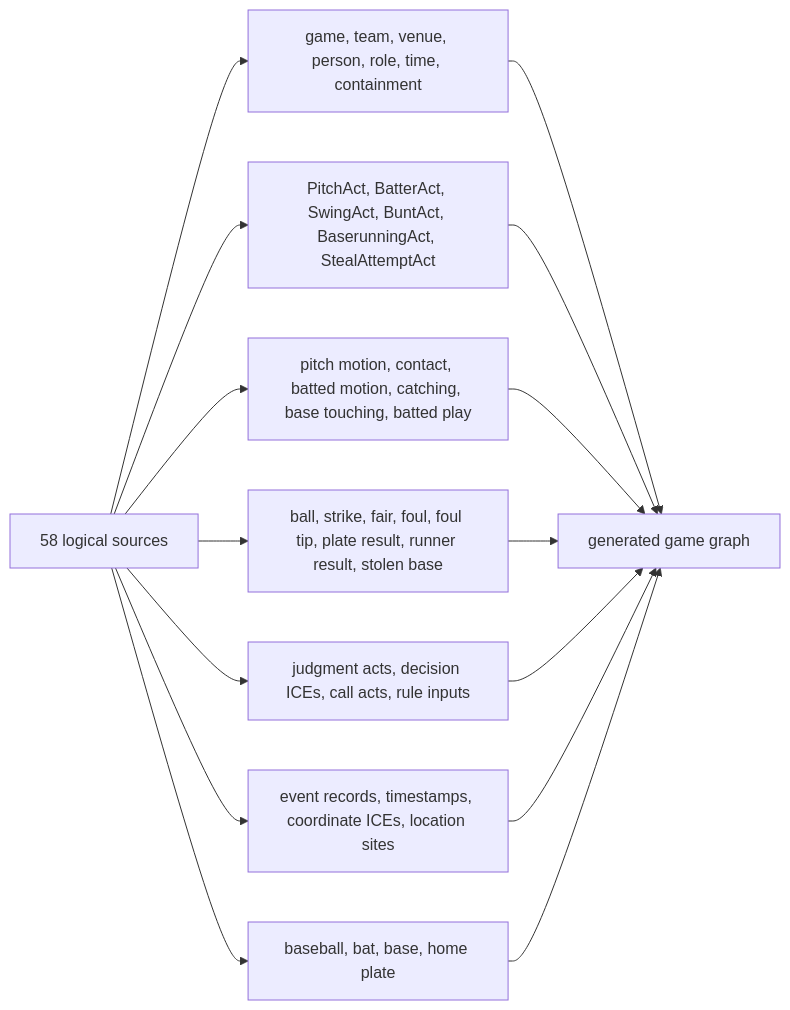
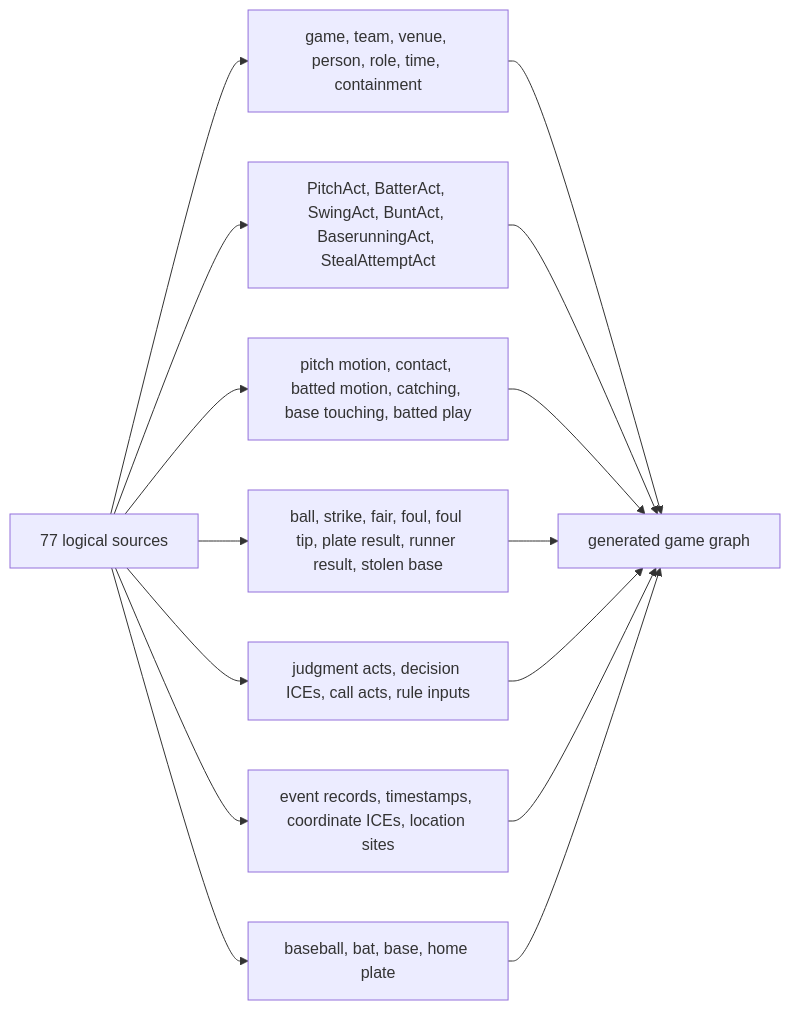
Before and after one commit to CarterBeauBenson/BaseballO: the diagram in Baseball/mermaid/03-triples-map-families.md, drawn with Mermaid. The commit also changed other lines of this file and 136 other files, not shown here.

````diff
--- a/Baseball/mermaid/03-triples-map-families.md
+++ b/Baseball/mermaid/03-triples-map-families.md
@@ -3,17 +3,17 @@
 ```mermaid
 flowchart LR
-    SOURCE["58 logical sources"] --> CONTEXT["game, team, venue, person, role, time, containment"]
+    SOURCE["77 logical sources"] --> CONTEXT["game, team, venue, person, role, time, containment"]
     SOURCE --> ACT["PitchAct, BatterAct, SwingAct, BuntAct, BaserunningAct, StealAttemptAct"]
     SOURCE --> PHYSICAL["pitch motion, contact, batted motion, catching, base touching, batted play"]
     SOURCE --> INSTITUTIONAL["ball, strike, fair, foul, foul tip, plate result, runner result, stolen base"]
     SOURCE --> ADJ["judgment acts, decision ICEs, call acts, rule inputs"]
     SOURCE --> INFO["event records, timestamps, coordinate ICEs, location sites"]
     SOURCE --> ARTIFACT["baseball, bat, base, home plate"]
     CONTEXT --> RDF["generated game graph"]
     ACT --> RDF
     PHYSICAL --> RDF
     INSTITUTIONAL --> RDF
     ADJ --> RDF
     INFO --> RDF
     ARTIFACT --> RDF
 ```
````
